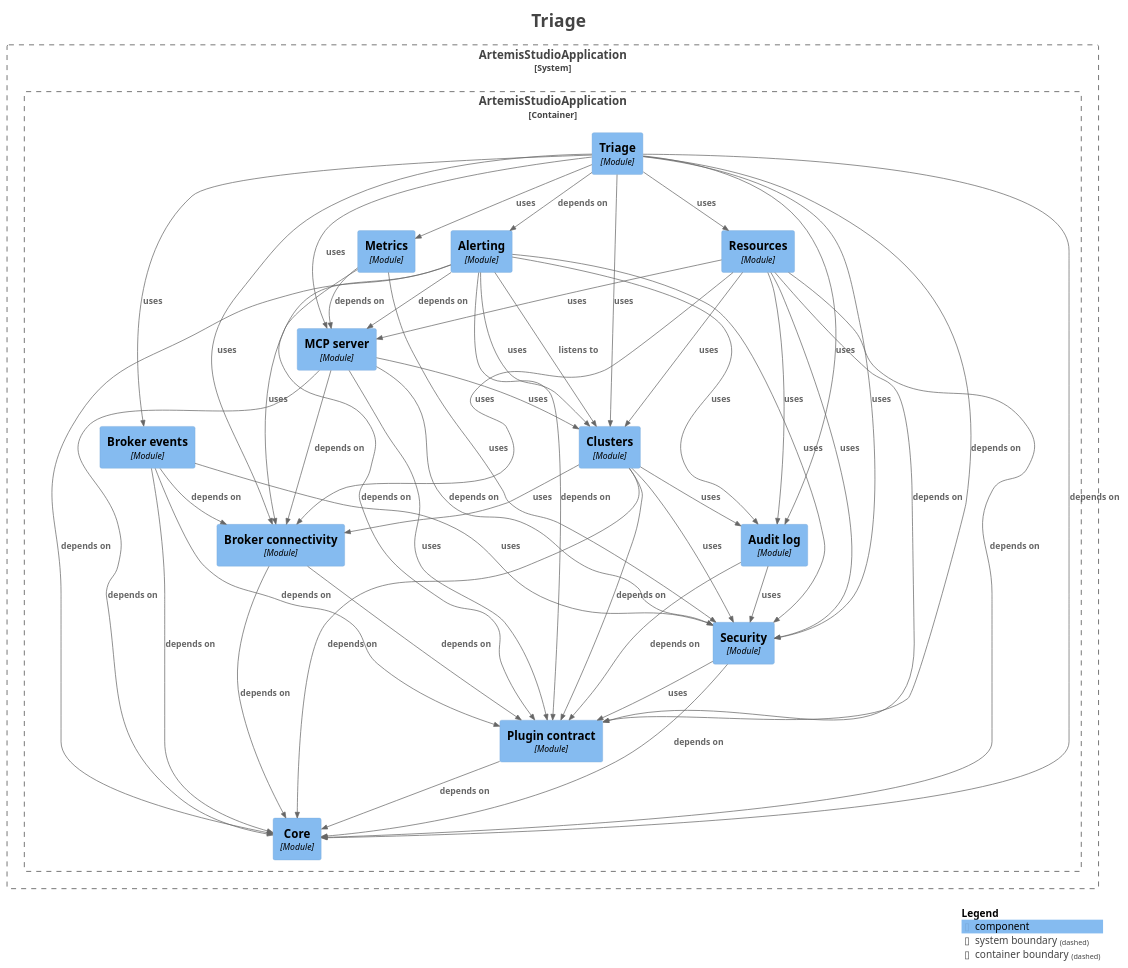
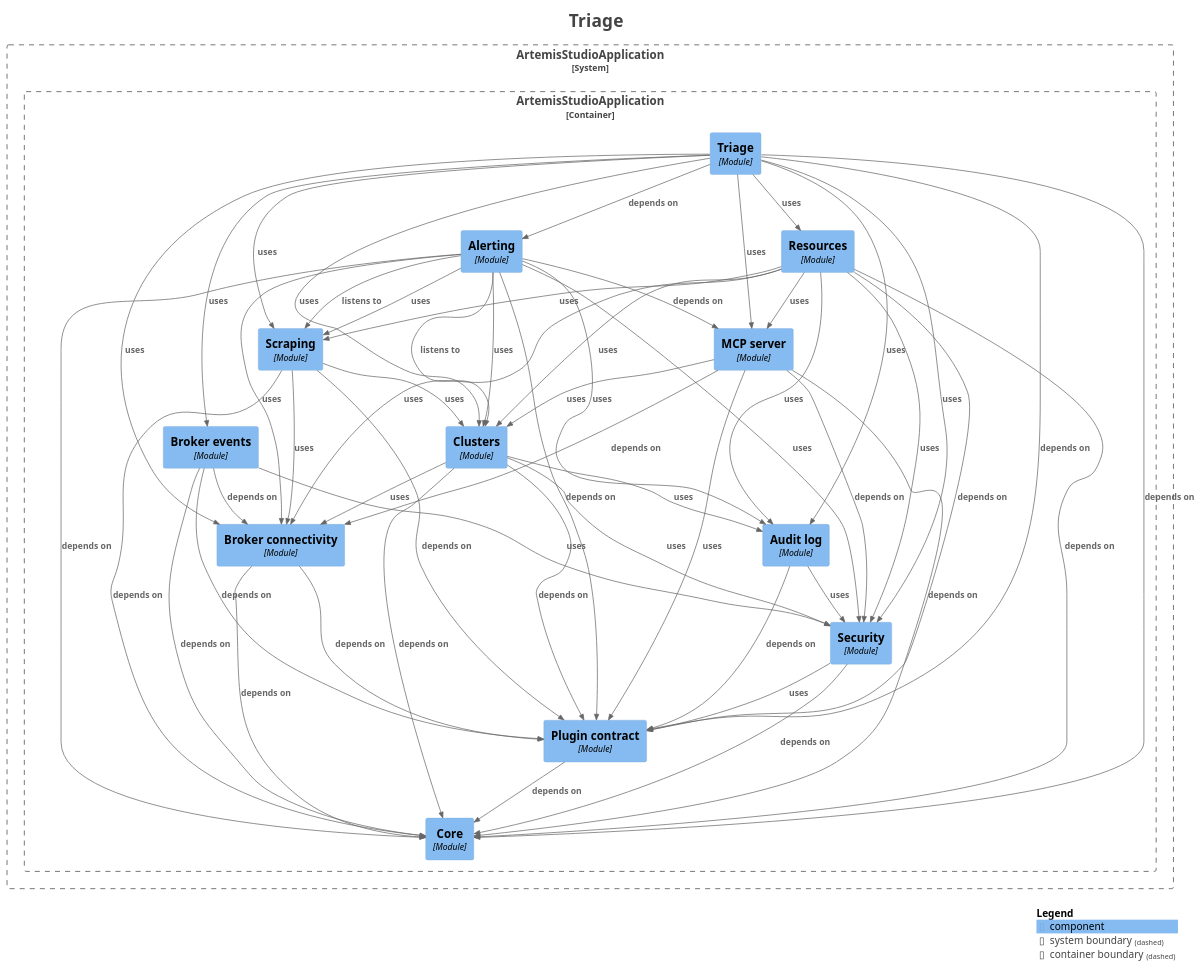
Before and after one commit to sudoitir/artemis-studio: the diagram in docs/modules/module-feature.triage.puml, drawn with PlantUML. The commit also changed 68 other files, not shown here.

```diff
--- a/docs/modules/module-feature.triage.puml
+++ b/docs/modules/module-feature.triage.puml
@@ -1,89 +1,93 @@
 @startuml
 title <size:24>Triage</size>
 
 set separator none
 top to bottom direction
 
 <style>
   root {
     BackgroundColor: #ffffff
     FontColor: #444444
   }
 </style>
 
 !include <C4/C4>
 !include <C4/C4_Context>
 !include <C4/C4_Component>
 
 System_Boundary("ArtemisStudioApplication_boundary", "ArtemisStudioApplication", $tags="") {
   Container_Boundary("ArtemisStudioApplication.ArtemisStudioApplication_boundary", "ArtemisStudioApplication", $tags="") {
     Component(ArtemisStudioApplication.ArtemisStudioApplication.Brokerconnectivity, "Broker connectivity", $techn="Module", $descr="", $tags="", $link="")
     Component(ArtemisStudioApplication.ArtemisStudioApplication.Brokerevents, "Broker events", $techn="Module", $descr="", $tags="", $link="")
     Component(ArtemisStudioApplication.ArtemisStudioApplication.Clusters, "Clusters", $techn="Module", $descr="", $tags="", $link="")
     Component(ArtemisStudioApplication.ArtemisStudioApplication.MCPserver, "MCP server", $techn="Module", $descr="", $tags="", $link="")
+    Component(ArtemisStudioApplication.ArtemisStudioApplication.Scraping, "Scraping", $techn="Module", $descr="", $tags="", $link="")
     Component(ArtemisStudioApplication.ArtemisStudioApplication.Alerting, "Alerting", $techn="Module", $descr="", $tags="", $link="")
-    Component(ArtemisStudioApplication.ArtemisStudioApplication.Metrics, "Metrics", $techn="Module", $descr="", $tags="", $link="")
     Component(ArtemisStudioApplication.ArtemisStudioApplication.Resources, "Resources", $techn="Module", $descr="", $tags="", $link="")
     Component(ArtemisStudioApplication.ArtemisStudioApplication.Triage, "Triage", $techn="Module", $descr="", $tags="", $link="")
     Component(ArtemisStudioApplication.ArtemisStudioApplication.Core, "Core", $techn="Module", $descr="", $tags="", $link="")
     Component(ArtemisStudioApplication.ArtemisStudioApplication.Plugincontract, "Plugin contract", $techn="Module", $descr="", $tags="", $link="")
     Component(ArtemisStudioApplication.ArtemisStudioApplication.Security, "Security", $techn="Module", $descr="", $tags="", $link="")
     Component(ArtemisStudioApplication.ArtemisStudioApplication.Auditlog, "Audit log", $techn="Module", $descr="", $tags="", $link="")
   }
 
 }
 
 Rel(ArtemisStudioApplication.ArtemisStudioApplication.Alerting, ArtemisStudioApplication.ArtemisStudioApplication.Auditlog, "uses", $techn="", $tags="", $link="")
 Rel(ArtemisStudioApplication.ArtemisStudioApplication.Alerting, ArtemisStudioApplication.ArtemisStudioApplication.Brokerconnectivity, "uses", $techn="", $tags="", $link="")
 Rel(ArtemisStudioApplication.ArtemisStudioApplication.Alerting, ArtemisStudioApplication.ArtemisStudioApplication.Clusters, "listens to", $techn="", $tags="", $link="")
 Rel(ArtemisStudioApplication.ArtemisStudioApplication.Alerting, ArtemisStudioApplication.ArtemisStudioApplication.Clusters, "uses", $techn="", $tags="", $link="")
 Rel(ArtemisStudioApplication.ArtemisStudioApplication.Alerting, ArtemisStudioApplication.ArtemisStudioApplication.Core, "depends on", $techn="", $tags="", $link="")
 Rel(ArtemisStudioApplication.ArtemisStudioApplication.Alerting, ArtemisStudioApplication.ArtemisStudioApplication.MCPserver, "depends on", $techn="", $tags="", $link="")
 Rel(ArtemisStudioApplication.ArtemisStudioApplication.Alerting, ArtemisStudioApplication.ArtemisStudioApplication.Plugincontract, "depends on", $techn="", $tags="", $link="")
+Rel(ArtemisStudioApplication.ArtemisStudioApplication.Alerting, ArtemisStudioApplication.ArtemisStudioApplication.Scraping, "listens to", $techn="", $tags="", $link="")
+Rel(ArtemisStudioApplication.ArtemisStudioApplication.Alerting, ArtemisStudioApplication.ArtemisStudioApplication.Scraping, "uses", $techn="", $tags="", $link="")
 Rel(ArtemisStudioApplication.ArtemisStudioApplication.Alerting, ArtemisStudioApplication.ArtemisStudioApplication.Security, "uses", $techn="", $tags="", $link="")
 Rel(ArtemisStudioApplication.ArtemisStudioApplication.Auditlog, ArtemisStudioApplication.ArtemisStudioApplication.Plugincontract, "depends on", $techn="", $tags="", $link="")
 Rel(ArtemisStudioApplication.ArtemisStudioApplication.Auditlog, ArtemisStudioApplication.ArtemisStudioApplication.Security, "uses", $techn="", $tags="", $link="")
 Rel(ArtemisStudioApplication.ArtemisStudioApplication.Brokerconnectivity, ArtemisStudioApplication.ArtemisStudioApplication.Core, "depends on", $techn="", $tags="", $link="")
 Rel(ArtemisStudioApplication.ArtemisStudioApplication.Brokerconnectivity, ArtemisStudioApplication.ArtemisStudioApplication.Plugincontract, "depends on", $techn="", $tags="", $link="")
 Rel(ArtemisStudioApplication.ArtemisStudioApplication.Brokerevents, ArtemisStudioApplication.ArtemisStudioApplication.Brokerconnectivity, "depends on", $techn="", $tags="", $link="")
 Rel(ArtemisStudioApplication.ArtemisStudioApplication.Brokerevents, ArtemisStudioApplication.ArtemisStudioApplication.Core, "depends on", $techn="", $tags="", $link="")
 Rel(ArtemisStudioApplication.ArtemisStudioApplication.Brokerevents, ArtemisStudioApplication.ArtemisStudioApplication.Plugincontract, "depends on", $techn="", $tags="", $link="")
 Rel(ArtemisStudioApplication.ArtemisStudioApplication.Brokerevents, ArtemisStudioApplication.ArtemisStudioApplication.Security, "uses", $techn="", $tags="", $link="")
 Rel(ArtemisStudioApplication.ArtemisStudioApplication.Clusters, ArtemisStudioApplication.ArtemisStudioApplication.Auditlog, "uses", $techn="", $tags="", $link="")
 Rel(ArtemisStudioApplication.ArtemisStudioApplication.Clusters, ArtemisStudioApplication.ArtemisStudioApplication.Brokerconnectivity, "uses", $techn="", $tags="", $link="")
 Rel(ArtemisStudioApplication.ArtemisStudioApplication.Clusters, ArtemisStudioApplication.ArtemisStudioApplication.Core, "depends on", $techn="", $tags="", $link="")
 Rel(ArtemisStudioApplication.ArtemisStudioApplication.Clusters, ArtemisStudioApplication.ArtemisStudioApplication.Plugincontract, "depends on", $techn="", $tags="", $link="")
 Rel(ArtemisStudioApplication.ArtemisStudioApplication.Clusters, ArtemisStudioApplication.ArtemisStudioApplication.Security, "uses", $techn="", $tags="", $link="")
 Rel(ArtemisStudioApplication.ArtemisStudioApplication.MCPserver, ArtemisStudioApplication.ArtemisStudioApplication.Brokerconnectivity, "depends on", $techn="", $tags="", $link="")
 Rel(ArtemisStudioApplication.ArtemisStudioApplication.MCPserver, ArtemisStudioApplication.ArtemisStudioApplication.Clusters, "uses", $techn="", $tags="", $link="")
 Rel(ArtemisStudioApplication.ArtemisStudioApplication.MCPserver, ArtemisStudioApplication.ArtemisStudioApplication.Core, "depends on", $techn="", $tags="", $link="")
 Rel(ArtemisStudioApplication.ArtemisStudioApplication.MCPserver, ArtemisStudioApplication.ArtemisStudioApplication.Plugincontract, "uses", $techn="", $tags="", $link="")
 Rel(ArtemisStudioApplication.ArtemisStudioApplication.MCPserver, ArtemisStudioApplication.ArtemisStudioApplication.Security, "depends on", $techn="", $tags="", $link="")
-Rel(ArtemisStudioApplication.ArtemisStudioApplication.Metrics, ArtemisStudioApplication.ArtemisStudioApplication.MCPserver, "depends on", $techn="", $tags="", $link="")
-Rel(ArtemisStudioApplication.ArtemisStudioApplication.Metrics, ArtemisStudioApplication.ArtemisStudioApplication.Plugincontract, "depends on", $techn="", $tags="", $link="")
-Rel(ArtemisStudioApplication.ArtemisStudioApplication.Metrics, ArtemisStudioApplication.ArtemisStudioApplication.Security, "uses", $techn="", $tags="", $link="")
 Rel(ArtemisStudioApplication.ArtemisStudioApplication.Plugincontract, ArtemisStudioApplication.ArtemisStudioApplication.Core, "depends on", $techn="", $tags="", $link="")
 Rel(ArtemisStudioApplication.ArtemisStudioApplication.Resources, ArtemisStudioApplication.ArtemisStudioApplication.Auditlog, "uses", $techn="", $tags="", $link="")
 Rel(ArtemisStudioApplication.ArtemisStudioApplication.Resources, ArtemisStudioApplication.ArtemisStudioApplication.Brokerconnectivity, "uses", $techn="", $tags="", $link="")
 Rel(ArtemisStudioApplication.ArtemisStudioApplication.Resources, ArtemisStudioApplication.ArtemisStudioApplication.Clusters, "uses", $techn="", $tags="", $link="")
 Rel(ArtemisStudioApplication.ArtemisStudioApplication.Resources, ArtemisStudioApplication.ArtemisStudioApplication.Core, "depends on", $techn="", $tags="", $link="")
 Rel(ArtemisStudioApplication.ArtemisStudioApplication.Resources, ArtemisStudioApplication.ArtemisStudioApplication.MCPserver, "uses", $techn="", $tags="", $link="")
 Rel(ArtemisStudioApplication.ArtemisStudioApplication.Resources, ArtemisStudioApplication.ArtemisStudioApplication.Plugincontract, "depends on", $techn="", $tags="", $link="")
+Rel(ArtemisStudioApplication.ArtemisStudioApplication.Resources, ArtemisStudioApplication.ArtemisStudioApplication.Scraping, "uses", $techn="", $tags="", $link="")
 Rel(ArtemisStudioApplication.ArtemisStudioApplication.Resources, ArtemisStudioApplication.ArtemisStudioApplication.Security, "uses", $techn="", $tags="", $link="")
+Rel(ArtemisStudioApplication.ArtemisStudioApplication.Scraping, ArtemisStudioApplication.ArtemisStudioApplication.Brokerconnectivity, "uses", $techn="", $tags="", $link="")
+Rel(ArtemisStudioApplication.ArtemisStudioApplication.Scraping, ArtemisStudioApplication.ArtemisStudioApplication.Clusters, "uses", $techn="", $tags="", $link="")
+Rel(ArtemisStudioApplication.ArtemisStudioApplication.Scraping, ArtemisStudioApplication.ArtemisStudioApplication.Core, "depends on", $techn="", $tags="", $link="")
+Rel(ArtemisStudioApplication.ArtemisStudioApplication.Scraping, ArtemisStudioApplication.ArtemisStudioApplication.Plugincontract, "depends on", $techn="", $tags="", $link="")
 Rel(ArtemisStudioApplication.ArtemisStudioApplication.Security, ArtemisStudioApplication.ArtemisStudioApplication.Core, "depends on", $techn="", $tags="", $link="")
 Rel(ArtemisStudioApplication.ArtemisStudioApplication.Security, ArtemisStudioApplication.ArtemisStudioApplication.Plugincontract, "uses", $techn="", $tags="", $link="")
 Rel(ArtemisStudioApplication.ArtemisStudioApplication.Triage, ArtemisStudioApplication.ArtemisStudioApplication.Alerting, "depends on", $techn="", $tags="", $link="")
 Rel(ArtemisStudioApplication.ArtemisStudioApplication.Triage, ArtemisStudioApplication.ArtemisStudioApplication.Auditlog, "uses", $techn="", $tags="", $link="")
 Rel(ArtemisStudioApplication.ArtemisStudioApplication.Triage, ArtemisStudioApplication.ArtemisStudioApplication.Brokerconnectivity, "uses", $techn="", $tags="", $link="")
 Rel(ArtemisStudioApplication.ArtemisStudioApplication.Triage, ArtemisStudioApplication.ArtemisStudioApplication.Brokerevents, "uses", $techn="", $tags="", $link="")
 Rel(ArtemisStudioApplication.ArtemisStudioApplication.Triage, ArtemisStudioApplication.ArtemisStudioApplication.Clusters, "uses", $techn="", $tags="", $link="")
 Rel(ArtemisStudioApplication.ArtemisStudioApplication.Triage, ArtemisStudioApplication.ArtemisStudioApplication.Core, "depends on", $techn="", $tags="", $link="")
 Rel(ArtemisStudioApplication.ArtemisStudioApplication.Triage, ArtemisStudioApplication.ArtemisStudioApplication.MCPserver, "uses", $techn="", $tags="", $link="")
-Rel(ArtemisStudioApplication.ArtemisStudioApplication.Triage, ArtemisStudioApplication.ArtemisStudioApplication.Metrics, "uses", $techn="", $tags="", $link="")
 Rel(ArtemisStudioApplication.ArtemisStudioApplication.Triage, ArtemisStudioApplication.ArtemisStudioApplication.Plugincontract, "depends on", $techn="", $tags="", $link="")
 Rel(ArtemisStudioApplication.ArtemisStudioApplication.Triage, ArtemisStudioApplication.ArtemisStudioApplication.Resources, "uses", $techn="", $tags="", $link="")
+Rel(ArtemisStudioApplication.ArtemisStudioApplication.Triage, ArtemisStudioApplication.ArtemisStudioApplication.Scraping, "uses", $techn="", $tags="", $link="")
 Rel(ArtemisStudioApplication.ArtemisStudioApplication.Triage, ArtemisStudioApplication.ArtemisStudioApplication.Security, "uses", $techn="", $tags="", $link="")
 
 SHOW_LEGEND(true)
 hide stereotypes
 @enduml
```
